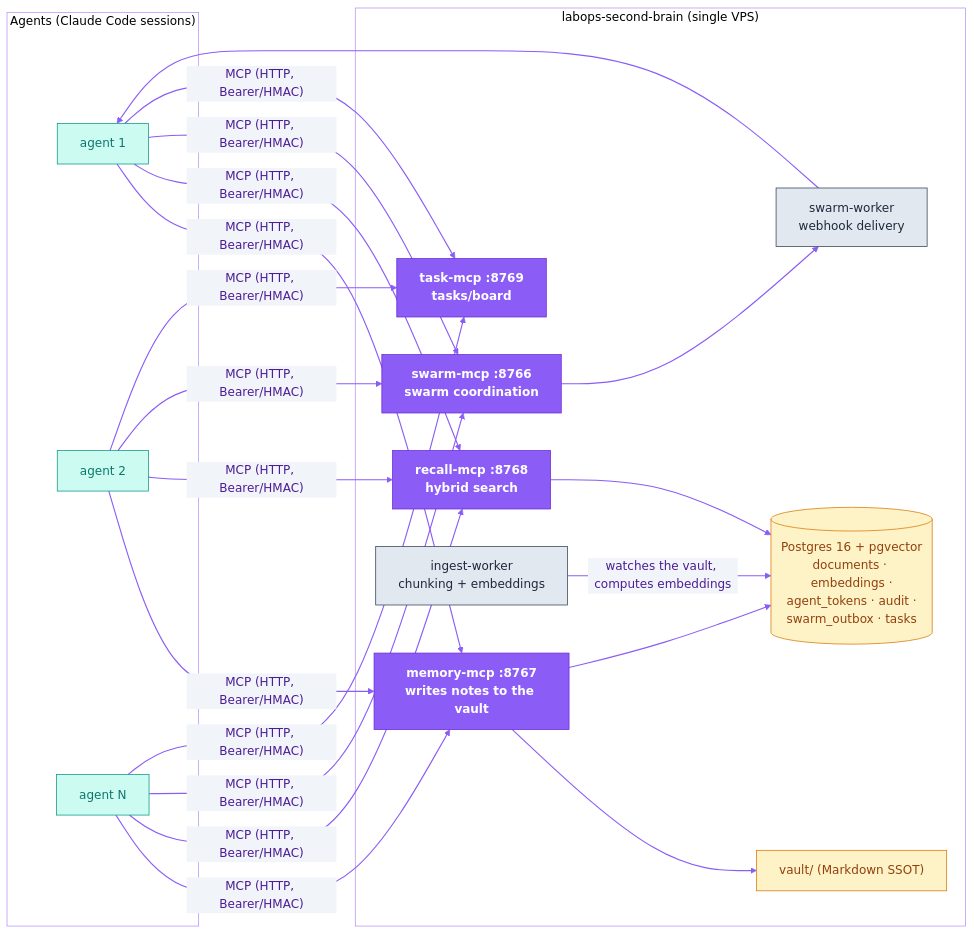
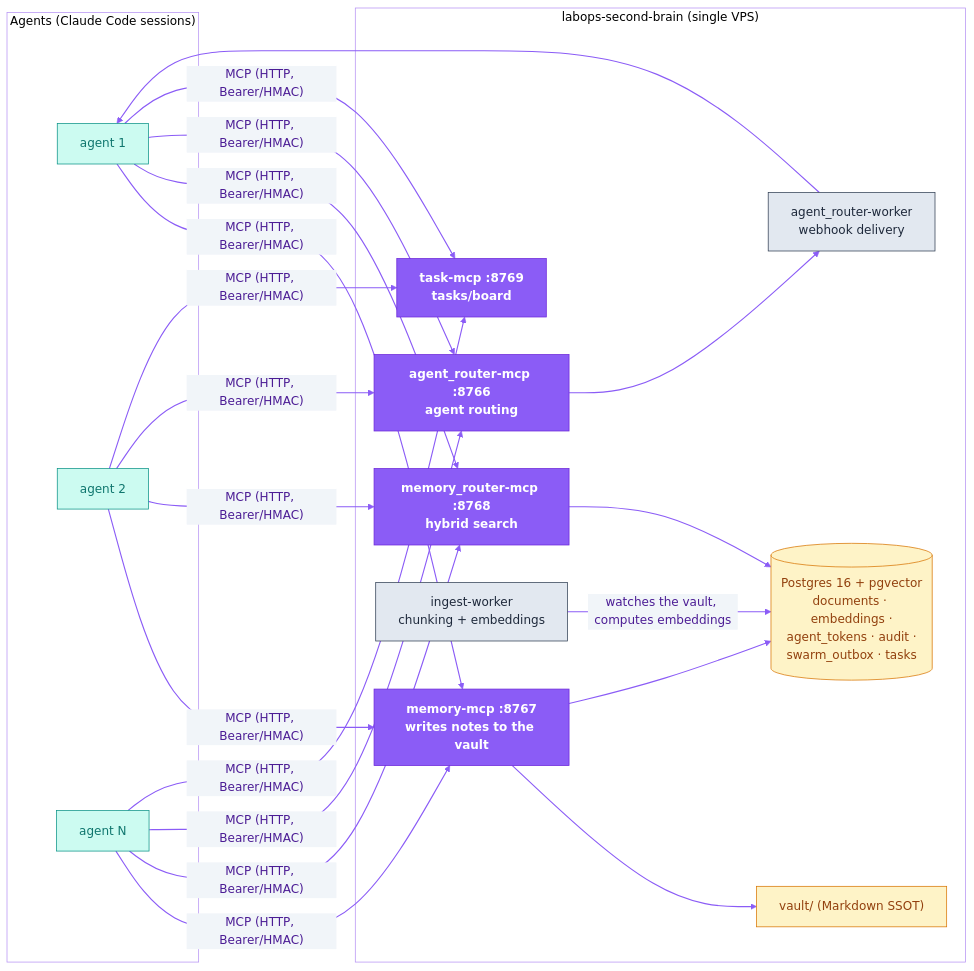
Before and after one commit to dediukhinpa/labops-second-brain: the second of 2 diagrams in README.md, drawn with Mermaid. The commit also changed other lines of this file and 49 other files, not shown here.

First line of the commit message:
Переименовать MCP-серверы: recall → memory_router, swarm → agent_router

````diff
--- a/README.md
+++ b/README.md
@@ -142,34 +142,34 @@
 ```mermaid
 %%{init: {'theme':'base','themeVariables':{'primaryColor':'#EDE9FE','primaryTextColor':'#4C1D95','primaryBorderColor':'#8B5CF6','lineColor':'#8B5CF6','secondaryColor':'#F1F5F9','tertiaryColor':'#ffffff','clusterBkg':'transparent','clusterBorder':'#B794F4','fontFamily':'Helvetica,Arial,sans-serif'}}}%%
 flowchart LR
     subgraph agents["Agents (Claude Code sessions)"]
         A1["agent 1"]; A2["agent 2"]; A3["agent N"]
     end
 
     subgraph brain["labops-second-brain (single VPS)"]
         MEM["memory-mcp :8767<br/>writes notes to the vault"]
-        REC["recall-mcp :8768<br/>hybrid search"]
-        SW["swarm-mcp :8766<br/>swarm coordination"]
+        REC["memory_router-mcp :8768<br/>hybrid search"]
+        SW["agent_router-mcp :8766<br/>agent routing"]
         TASK["task-mcp :8769<br/>tasks/board"]
         IW["ingest-worker<br/>chunking + embeddings"]
-        SWW["swarm-worker<br/>webhook delivery"]
+        SWW["agent_router-worker<br/>webhook delivery"]
         PG[("Postgres 16 + pgvector<br/>documents · embeddings ·<br/>agent_tokens · audit ·<br/>swarm_outbox · tasks")]
         VAULT["vault/ (Markdown SSOT)"]
     end
 
     A1 & A2 & A3 -- "MCP (HTTP, Bearer/HMAC)" --> MEM & REC & SW & TASK
     MEM --> VAULT
     MEM --> PG
     IW -- "watches the vault, computes embeddings" --> PG
     REC --> PG
     SW --> SWW --> A1
     classDef brand fill:#8B5CF6,stroke:#6D28D9,color:#ffffff,font-weight:bold
     classDef ext fill:#CCFBF1,stroke:#0D9488,color:#0F766E
     classDef store fill:#FEF3C7,stroke:#D97706,color:#92400E
     classDef sys fill:#E2E8F0,stroke:#334155,color:#1E293B
     linkStyle default stroke:#8B5CF6,stroke-width:1.5px
     class MEM,REC,SW,TASK brand
     class A1,A2,A3 ext
     class PG,VAULT store
     class IW,SWW sys
 ```
````
